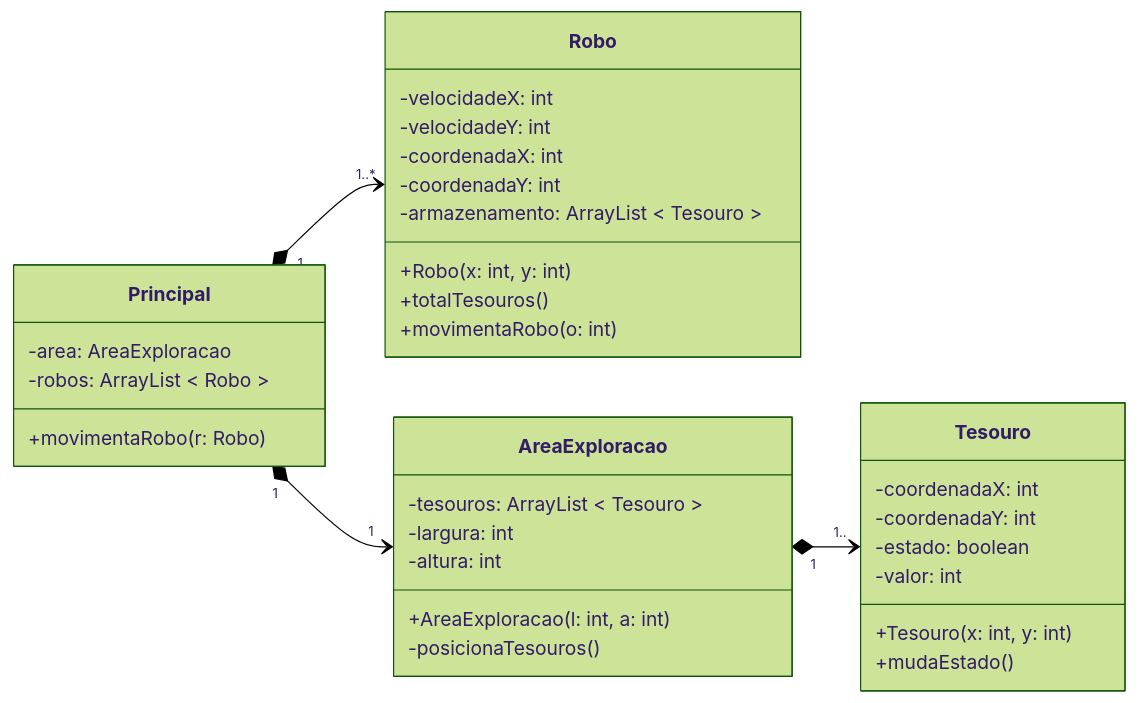
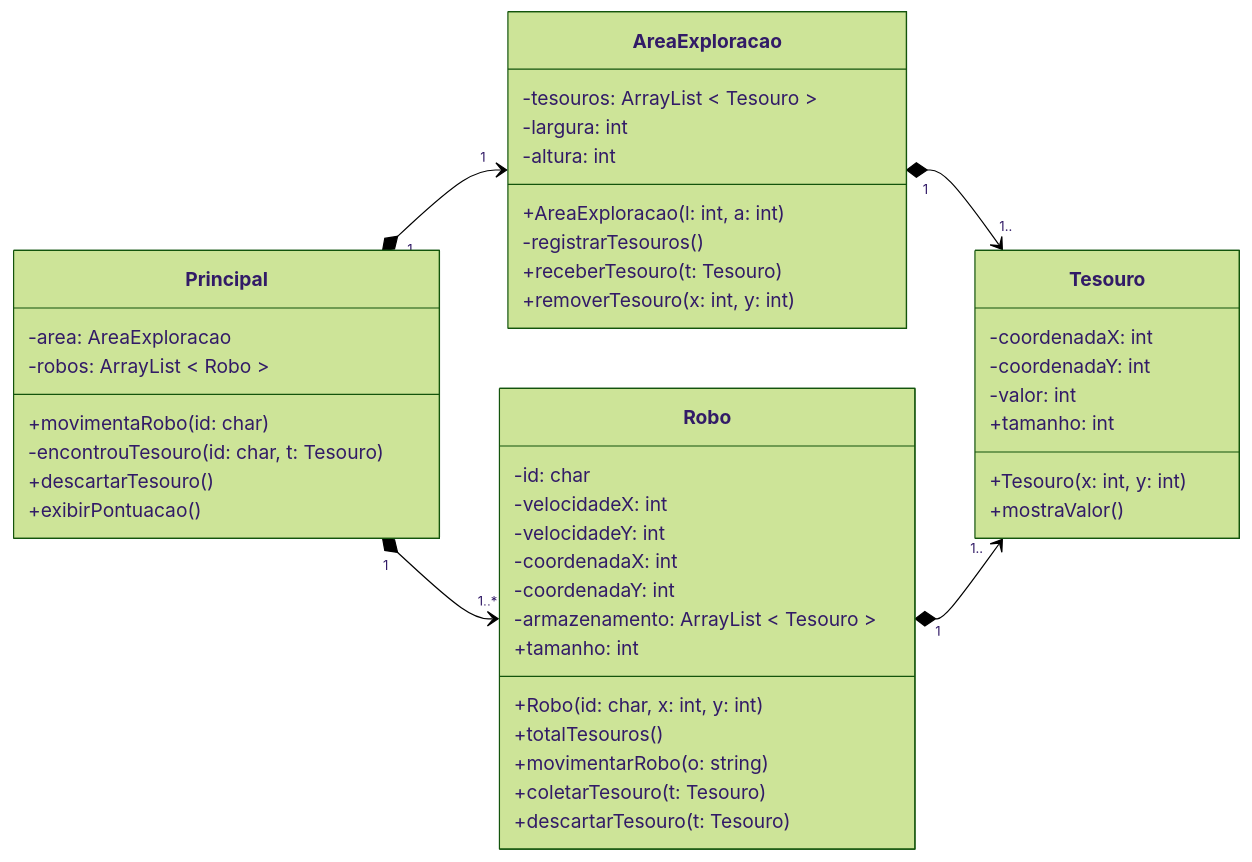
One commit to luizakuze/POO changed the diagram in aula-17/diagrama.md. Above: the diagram before and after it, drawn with Mermaid (forest theme). The commit also changed other lines of this file, not shown here.

Commit message:
continuando diagrama

````diff
--- a/aula-17/diagrama.md
+++ b/aula-17/diagrama.md
@@ -3,46 +9,53 @@
 ```mermaid
 classDiagram
     direction LR
 
     class Robo {
+        -id: char
         -velocidadeX: int
         -velocidadeY: int
         -coordenadaX: int
         -coordenadaY: int
         -armazenamento: ArrayList < Tesouro >
-        +Robo(x: int, y: int)
+        +tamanho: int
+        +Robo(id: char, x: int, y: int)
         +totalTesouros()
-        +movimentaRobo(o: int)
+        +movimentarRobo(o: string)
+        +coletarTesouro(t: Tesouro)
+        +descartarTesouro(t: Tesouro)
     }
 
     class Tesouro {
         -coordenadaX: int
         -coordenadaY: int
-        -estado: boolean
         -valor: int
+        +tamanho: int
         +Tesouro(x: int, y: int)
-        +mudaEstado()
+        +mostraValor()
     }
 
     class AreaExploracao {
         -tesouros: ArrayList < Tesouro >
         -largura: int
         -altura: int
         +AreaExploracao(l: int, a: int)
-        -posicionaTesouros()
-        
-
+        -registrarTesouros()
+        +receberTesouro(t: Tesouro)
+        +removerTesouro(x: int, y: int)
     }
 
     class Principal {
         -area: AreaExploracao
         -robos: ArrayList < Robo >
-        +movimentaRobo(r: Robo)
-
+        +movimentaRobo(id: char)
+        -encontrouTesouro(id: char, t: Tesouro)
+        +descartarTesouro()
+        +exibirPontuacao()
     }
 
     AreaExploracao "1" *--> "1.." Tesouro
+    Robo "1" *--> "1.." Tesouro
     Principal "1" *--> "1..*" Robo
     Principal "1" *--> "1" AreaExploracao
 
 ``` 
````
